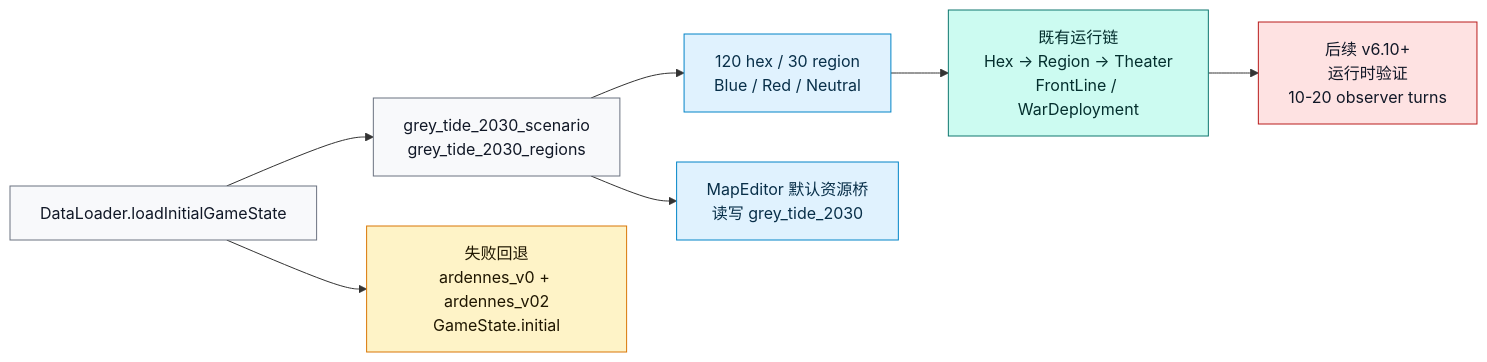
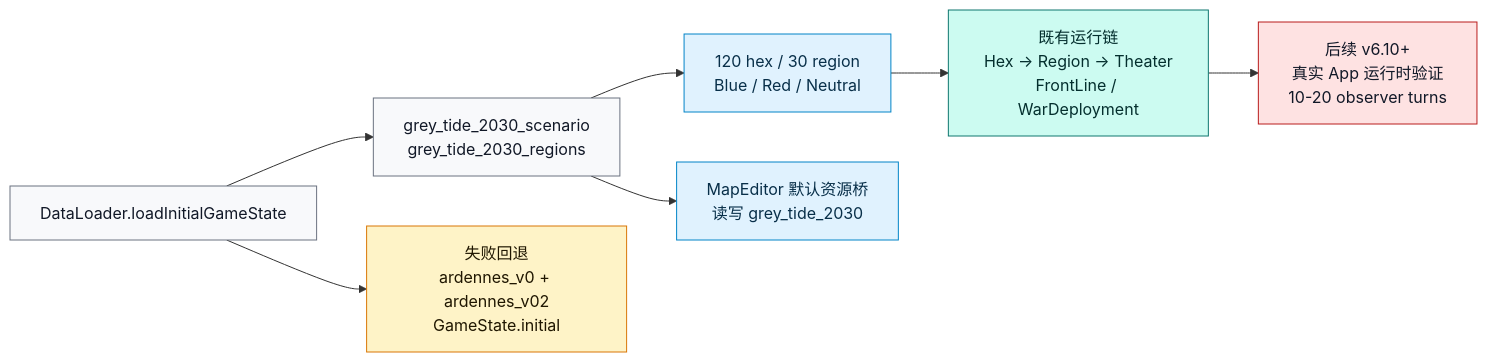
The fourth of 20 diagrams in md/flow/flowchart.md (Altman-sam114/127), drawn with Mermaid before and after one commit. The commit also changed other lines of this file and 7 other files, not shown here.

````diff
--- a/md/flow/flowchart.md
+++ b/md/flow/flowchart.md
@@ -115,21 +115,21 @@
 ```mermaid
 flowchart LR
     ENTRY["DataLoader.loadInitialGameState"]:::data
     GREY["grey_tide_2030_scenario<br/>grey_tide_2030_regions"]:::data
     MAP["120 hex / 30 region<br/>Blue / Red / Neutral"]:::state
     EDITOR["MapEditor 默认资源桥<br/>读写 grey_tide_2030"]:::state
     PIPE["既有运行链<br/>Hex -> Region -> Theater<br/>FrontLine / WarDeployment"]:::rules
     FALLBACK["失败回退<br/>ardennes_v0 + ardennes_v02<br/>GameState.initial"]:::legacy
-    TODO["后续 v6.10+<br/>运行时验证<br/>10-20 observer turns"]:::risk
+    TODO["后续 v6.10+<br/>真实 App 运行时验证<br/>10-20 observer turns"]:::risk
 
     ENTRY --> GREY --> MAP --> PIPE
     GREY --> EDITOR
     ENTRY --> FALLBACK
     PIPE --> TODO
 
     classDef data fill:#f8f9fb,stroke:#6b7280,color:#111827
     classDef state fill:#e0f2fe,stroke:#0284c7,color:#082f49
     classDef rules fill:#ccfbf1,stroke:#0f766e,color:#042f2e
     classDef legacy fill:#fef3c7,stroke:#d97706,color:#1f1600
     classDef risk fill:#fee2e2,stroke:#b91c1c,color:#111827
 ```
````
